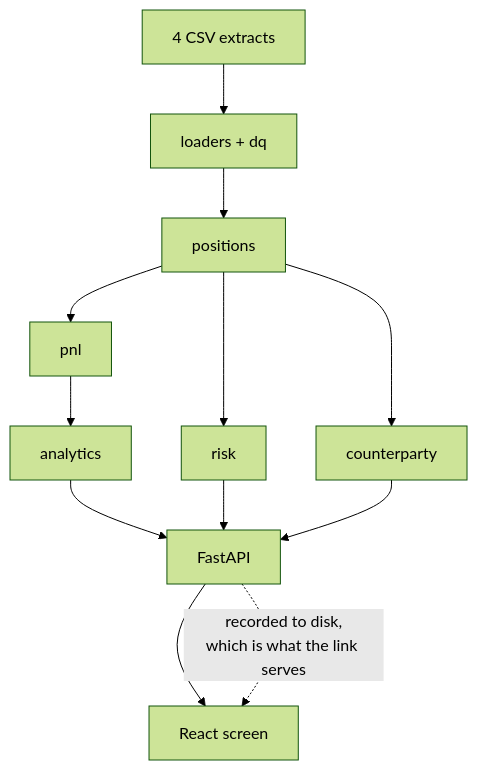
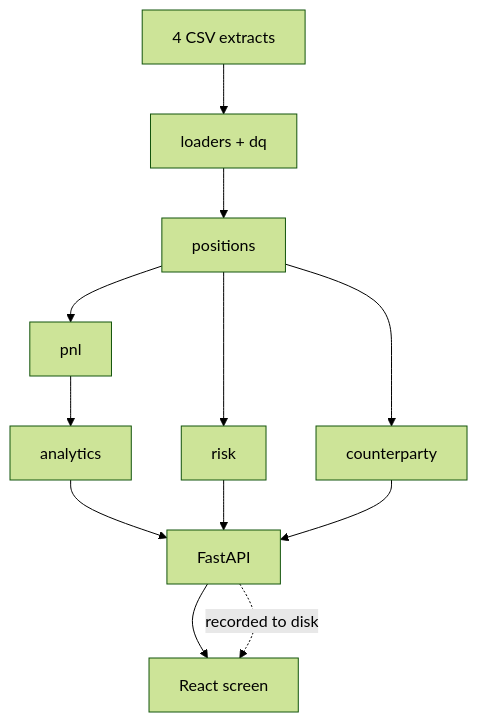
The first of 2 diagrams in README.md (akaloic/risk-pnl-dashboard), drawn with Mermaid (forest theme) before and after one commit.

Commit message:
docs: trim the edge label, since the sentence below it says the rest

````diff
--- a/README.md
+++ b/README.md
@@ -21,9 +21,9 @@
 ```mermaid
 flowchart TD
   CSV["4 CSV extracts"] --> ingest["loaders + dq"] --> positions
   positions --> pnl --> analytics --> api["FastAPI"]
   positions --> risk --> api
   positions --> counterparty --> api
   api --> ui["React screen"]
-  api -. "recorded to disk,<br/>which is what the link serves" .-> ui
+  api -. "recorded to disk" .-> ui
 ```
````
